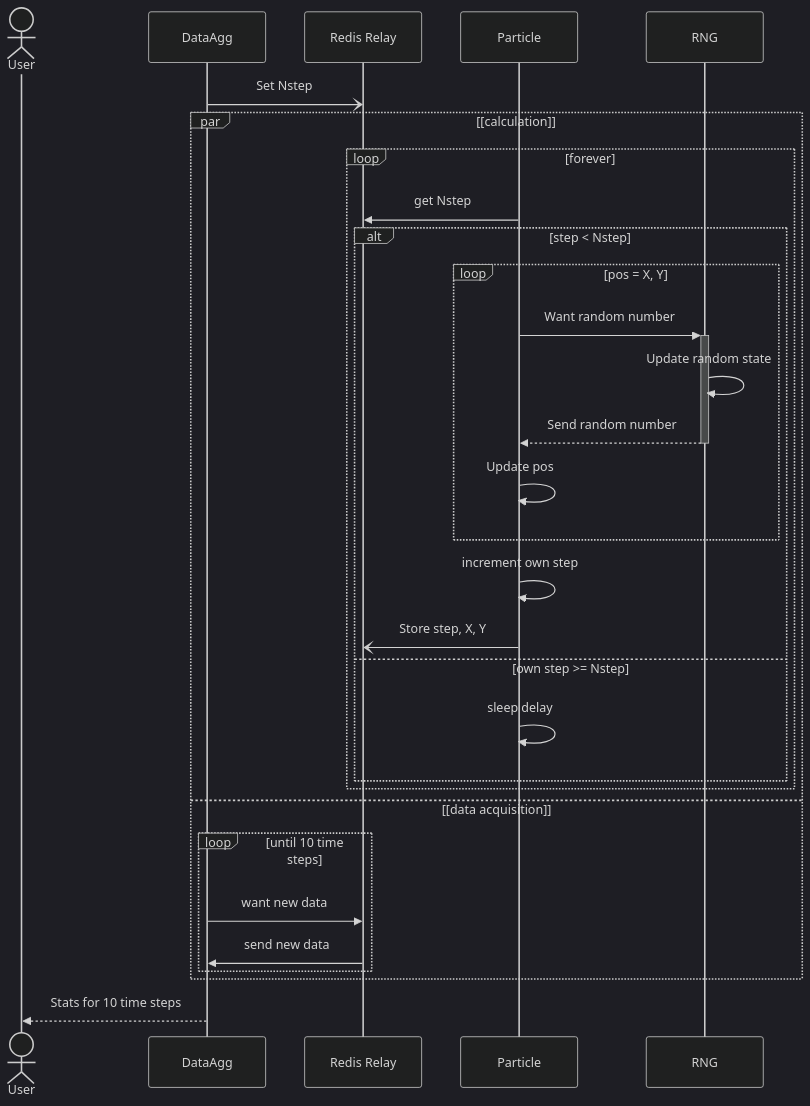
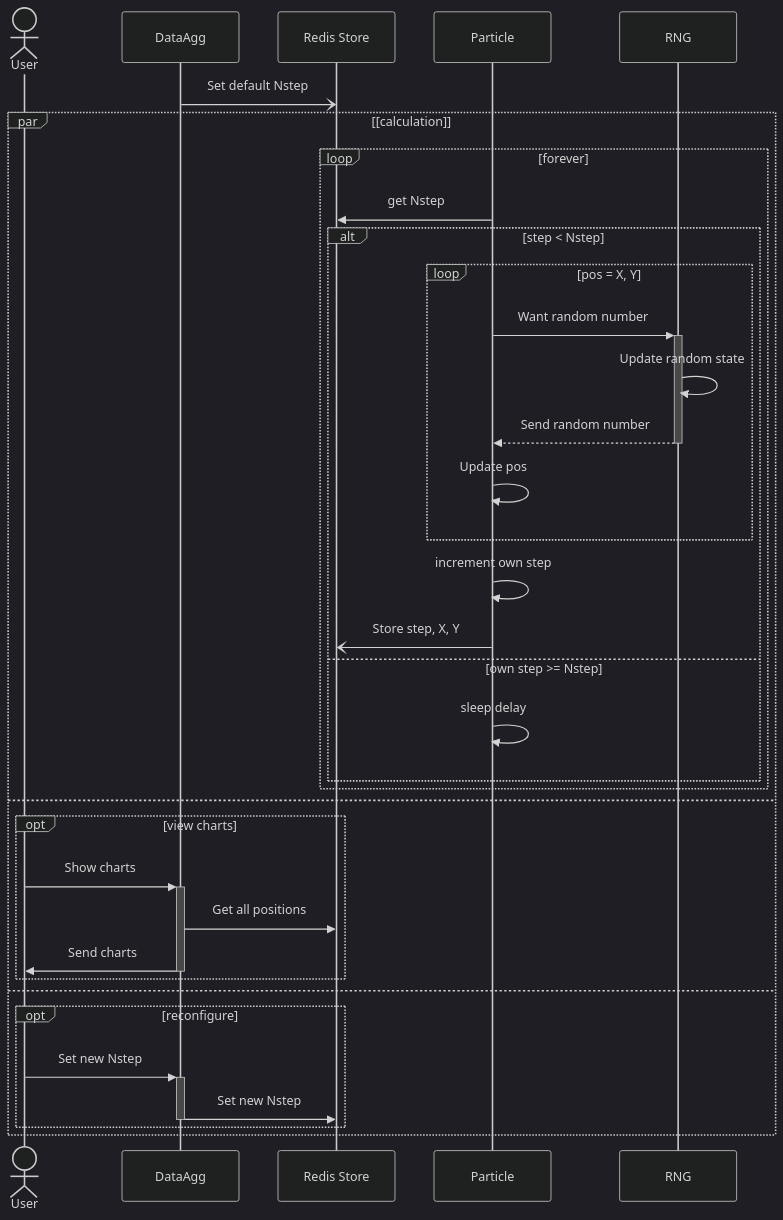
The fifth of 5 diagrams in README.md (willirath/2022_reproducible_distributed_scientific_computing), drawn with Mermaid (dark theme) before and after one commit. The commit also changed other lines of this file, not shown here.

Commit message:
Adapt architecture description

````diff
--- a/README.md
+++ b/README.md
@@ -112,43 +129,47 @@
 ```mermaid
 sequenceDiagram
     actor U as User
     participant DA as DataAgg
-    participant RD as Redis Relay
+    participant RD as Redis Store
     participant P as Particle
     participant R as RNG
 
-    DA-)RD: Set Nstep
+    DA-)RD: Set default Nstep
 
     par [calculation]
 
         loop forever
             P->>RD: get Nstep
             alt step < Nstep
                 loop pos = X, Y
                     P->>+R: Want random number
                     R->>R: Update random state
                     R-->>-P: Send random number
                     P->>P: Update pos
                 end
                 P->>P: increment own step
                 P-)RD: Store step, X, Y
             else own step >= Nstep
                 P->>P: sleep delay
             end            
             
         end
         
         %% deactivate P
     
-    and [data acquisition]
+    and
+        opt view charts
+            U->>+DA: Show charts
+            DA->>RD: Get all positions
+            DA->>-U: Send charts
+        end
 
-        loop until 10 time steps
-            DA->>RD: want new data
-            RD->>DA: send new data
+    and
+        opt reconfigure
+            U->>+DA: Set new Nstep
+            DA->>-RD: Set new Nstep
         end
-    
+
     end
 
-    DA-->>U: Stats for 10 time steps
-
 ```
````
